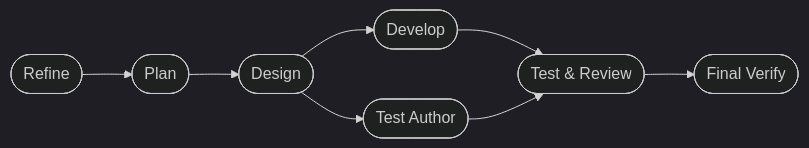
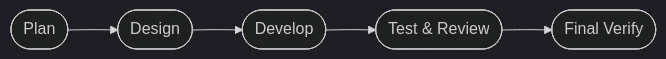
The diagram in .dev/DASHBOARD.md (hjhun/dormammu), drawn with Mermaid (dark theme) before and after one commit. The commit also changed other lines of this file and 9 other files, not shown here.

````diff
--- a/.dev/DASHBOARD.md
+++ b/.dev/DASHBOARD.md
@@ -22,10 +21,7 @@
 ```mermaid
 flowchart LR
-    refine([Refine]) --> plan([Plan])
-    plan --> design([Design])
+    plan([Plan]) --> design([Design])
     design --> develop([Develop])
-    design --> test_author([Test Author])
     develop --> test_review([Test & Review])
-    test_author --> test_review
     test_review --> final_verify([Final Verify])
 ```
````
